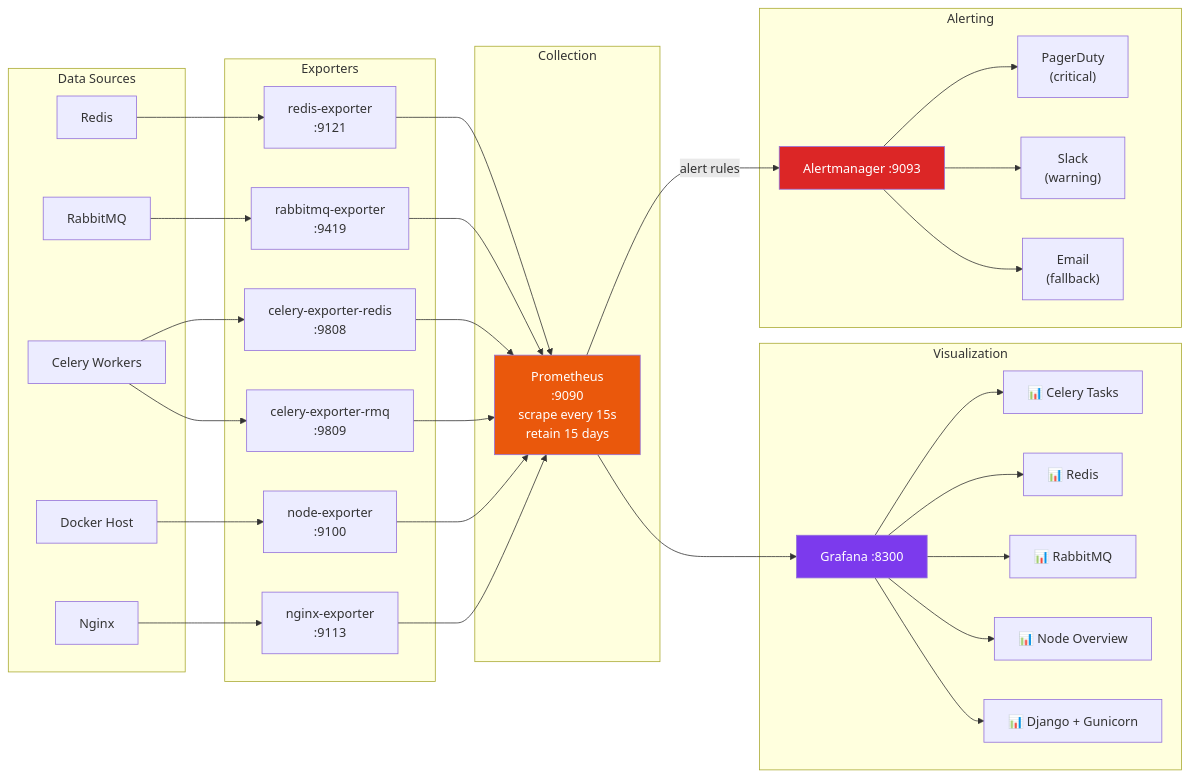
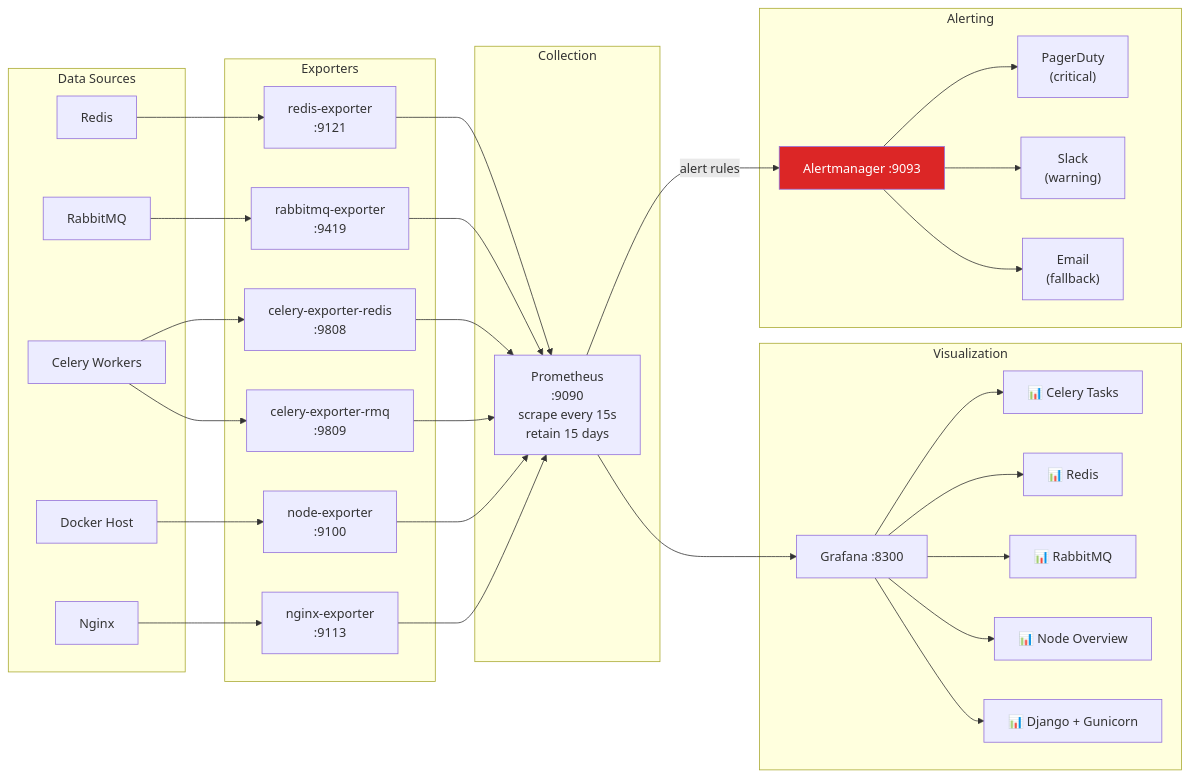
Diagram 12 of 16 in docs/ARCHITECTURE_DIAGRAM.md (PrashnaSub10/django-celery-platform), drawn with Mermaid before and after one commit. The commit also changed other lines of this file and 10 other files, not shown here.

````diff
--- a/docs/ARCHITECTURE_DIAGRAM.md
+++ b/docs/ARCHITECTURE_DIAGRAM.md
@@ -598,62 +627,60 @@
 ```mermaid
 graph LR
     subgraph "Data Sources"
         REDIS_SVC["Redis"]
         RMQ_SVC["RabbitMQ"]
         CELERY_SVC["Celery Workers"]
         NODE_SVC["Docker Host"]
         NGINX_SVC["Nginx"]
     end
 
     subgraph "Exporters"
         RE["redis-exporter<br/>:9121"]
         RQE["rabbitmq-exporter<br/>:9419"]
         CE1["celery-exporter-redis<br/>:9808"]
         CE2["celery-exporter-rmq<br/>:9809"]
         NE["node-exporter<br/>:9100"]
         NXE["nginx-exporter<br/>:9113"]
     end
 
     subgraph "Collection"
         PROM_S["Prometheus<br/>:9090<br/>scrape every 15s<br/>retain 15 days"]
     end
 
     subgraph "Visualization"
         GRAF_S["Grafana :8300"]
         D1["📊 Celery Tasks"]
         D2["📊 Redis"]
         D3["📊 RabbitMQ"]
         D4["📊 Node Overview"]
         D5["📊 Django + Gunicorn"]
     end
 
     subgraph "Alerting"
         ALERT_S["Alertmanager :9093"]
         PD["PagerDuty<br/>(critical)"]
         SL["Slack<br/>(warning)"]
         EM["Email<br/>(fallback)"]
     end
 
     REDIS_SVC --> RE --> PROM_S
     RMQ_SVC --> RQE --> PROM_S
     CELERY_SVC --> CE1 --> PROM_S
     CELERY_SVC --> CE2 --> PROM_S
     NODE_SVC --> NE --> PROM_S
     NGINX_SVC --> NXE --> PROM_S
 
     PROM_S --> GRAF_S
     GRAF_S --> D1
     GRAF_S --> D2
     GRAF_S --> D3
     GRAF_S --> D4
     GRAF_S --> D5
 
     PROM_S -->|"alert rules"| ALERT_S
     ALERT_S --> PD
     ALERT_S --> SL
     ALERT_S --> EM
 
-    style PROM_S fill:#ea580c,color:#fff
-    style GRAF_S fill:#7c3aed,color:#fff
     style ALERT_S fill:#dc2626,color:#fff
 ```
````
